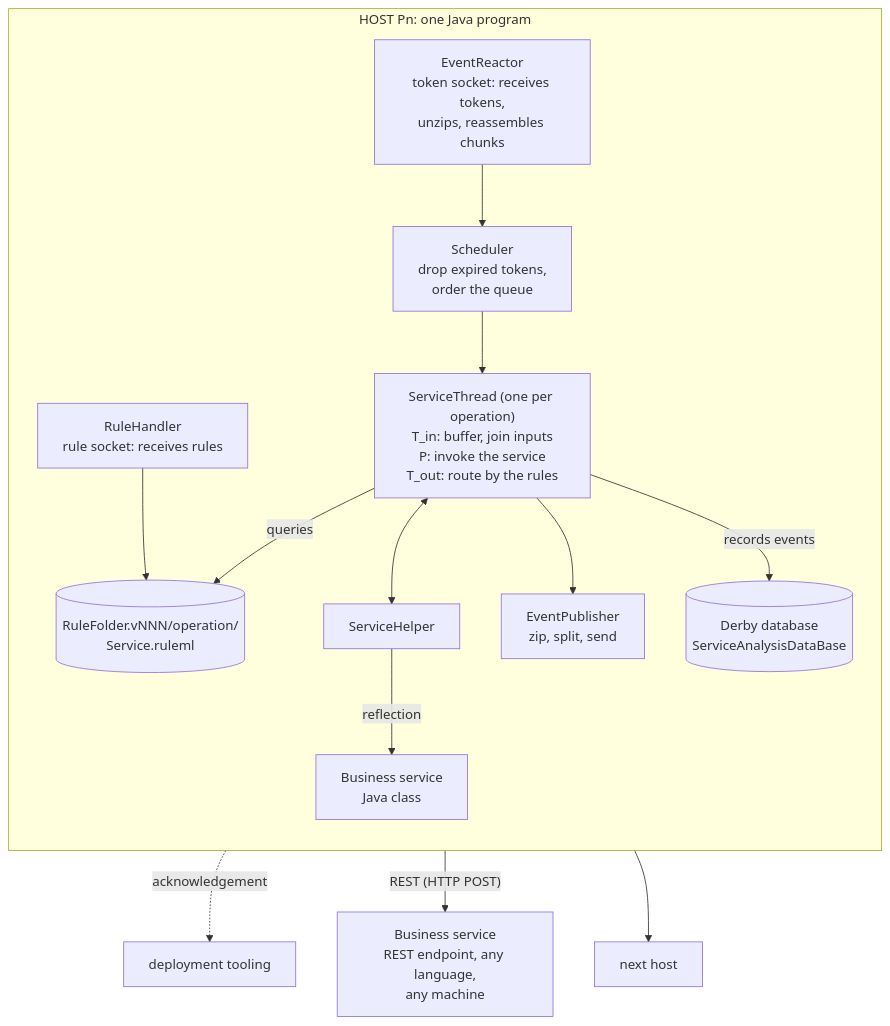
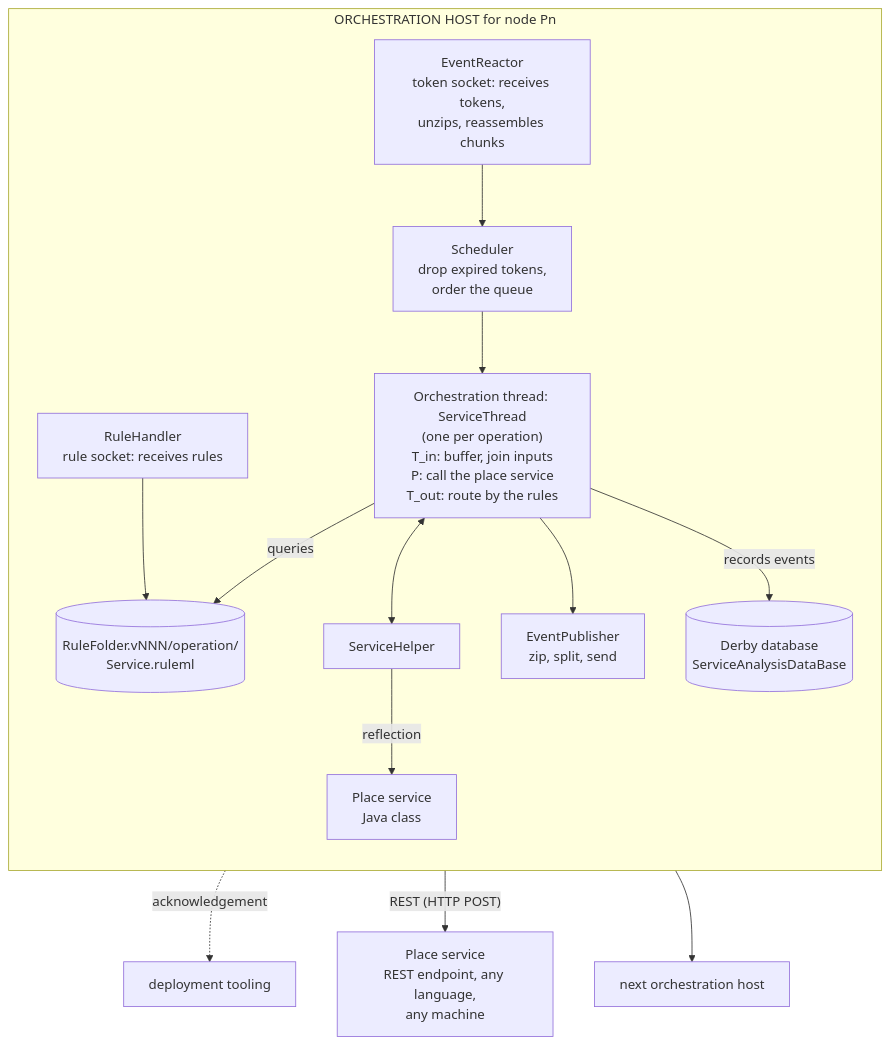
Before and after one commit to AlexanderAdelAU/Rule-Propagated-Service-Orchestration: the second of 3 diagrams in Architecture.md, drawn with Mermaid. The commit also changed other lines of this file and 1 other file, not shown here.

First line of the commit message:
Architecture.md: define the terms first and use them throughout

````diff
--- a/Architecture.md
+++ b/Architecture.md
@@ -51,24 +71,24 @@
 ```mermaid
 flowchart TB
-    subgraph Host["HOST Pn: one Java program"]
+    subgraph Host["ORCHESTRATION HOST for node Pn"]
         direction TB
         RH["RuleHandler<br/>rule socket: receives rules"]
         RF[("RuleFolder.vNNN/operation/<br/>Service.ruleml")]
         ER["EventReactor<br/>token socket: receives tokens,<br/>unzips, reassembles chunks"]
         SC["Scheduler<br/>drop expired tokens,<br/>order the queue"]
-        ST["ServiceThread (one per operation)<br/>T_in: buffer, join inputs<br/>P: invoke the service<br/>T_out: route by the rules"]
+        ST["Orchestration thread: ServiceThread<br/>(one per operation)<br/>T_in: buffer, join inputs<br/>P: call the place service<br/>T_out: route by the rules"]
         SH["ServiceHelper"]
-        JS["Business service<br/>Java class"]
+        JS["Place service<br/>Java class"]
         EP["EventPublisher<br/>zip, split, send"]
         DB[("Derby database<br/>ServiceAnalysisDataBase")]
     end
     RH --> RF
     RH -. "acknowledgement" .-> ACK["deployment tooling"]
     ER --> SC --> ST
     ST <--> SH
     SH -- "reflection" --> JS
-    SH -- "REST (HTTP POST)" --> RS["Business service<br/>REST endpoint, any language,<br/>any machine"]
+    SH -- "REST (HTTP POST)" --> RS["Place service<br/>REST endpoint, any language,<br/>any machine"]
     ST -- "queries" --> RF
-    ST --> EP --> NEXT["next host"]
+    ST --> EP --> NEXT["next orchestration host"]
     ST -- "records events" --> DB
 ```
````
